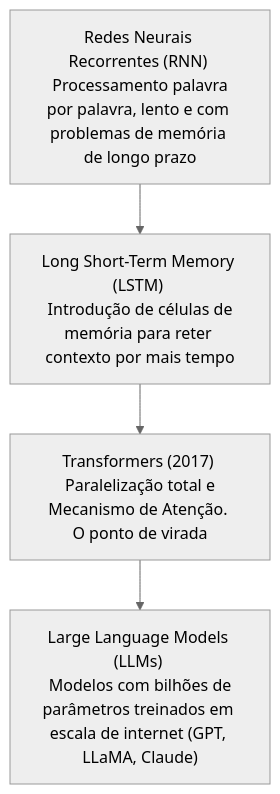
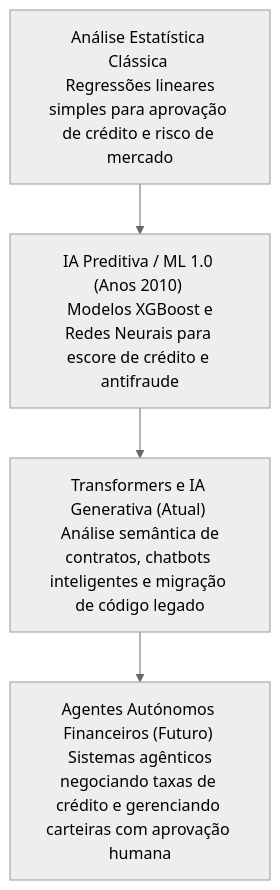
The diagram in resumos/resumo-ia-generativa.md (orlokfalcom/Treinando-uma-IA-de-Aprendizagem), drawn with Mermaid (neutral theme) before and after one commit. The commit also changed other lines of this file and 8 other files, not shown here.

````diff
--- a/resumos/resumo-ia-generativa.md
+++ b/resumos/resumo-ia-generativa.md
@@ -24,6 +25,6 @@
 ```mermaid
 graph TD
-    A["Redes Neurais Recorrentes (RNN) <br> Processamento palavra por palavra, lento e com problemas de memória de longo prazo"] --> B["Long Short-Term Memory (LSTM) <br> Introdução de células de memória para reter contexto por mais tempo"]
-    B --> C["Transformers (2017) <br> Paralelização total e Mecanismo de Atenção. O ponto de virada"]
-    C --> D["Large Language Models (LLMs) <br> Modelos com bilhões de parâmetros treinados em escala de internet (GPT, LLaMA, Claude)"]
+    A["Análise Estatística Clássica <br> Regressões lineares simples para aprovação de crédito e risco de mercado"] --> B["IA Preditiva / ML 1.0 (Anos 2010) <br> Modelos XGBoost e Redes Neurais para escore de crédito e antifraude"]
+    B --> C["Transformers e IA Generativa (Atual) <br> Análise semântica de contratos, chatbots inteligentes e migração de código legado"]
+    C --> D["Agentes Autónomos Financeiros (Futuro) <br> Sistemas agênticos negociando taxas de crédito e gerenciando carteiras com aprovação humana"]
 ```
````
